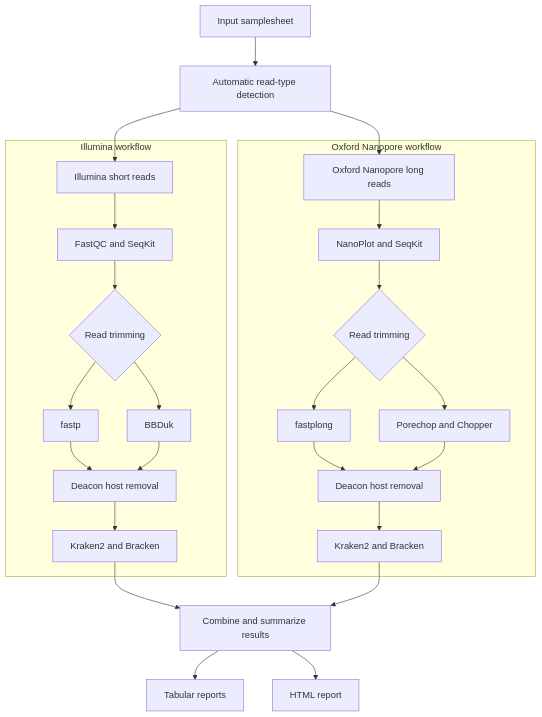
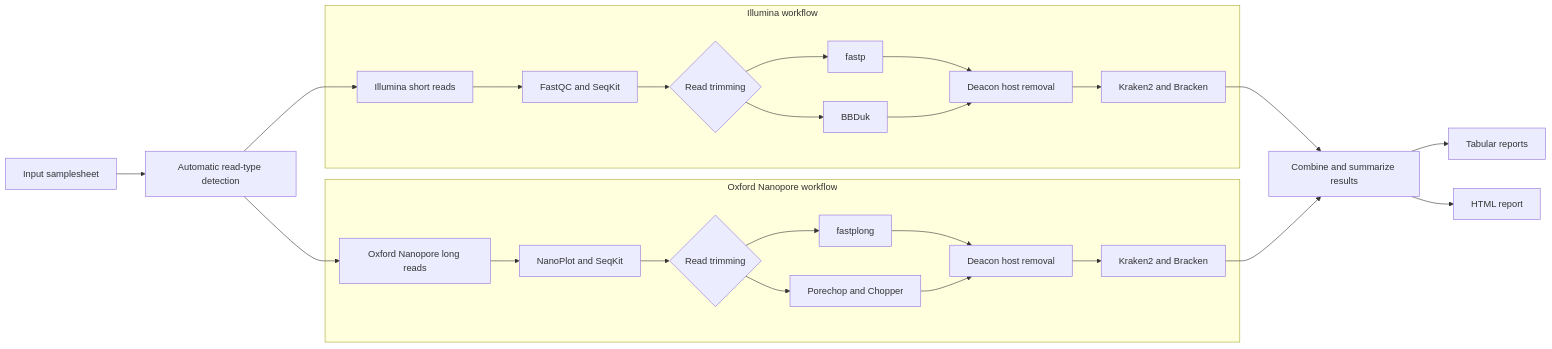
One commit to xiaoli-dong/nf-qcflow changed the diagram in README.md. Above: the diagram before and after it, drawn with Mermaid.

Commit message:
Update workflow diagram direction in README

````diff
--- a/README.md
+++ b/README.md
@@ -15,34 +15,34 @@
 ```mermaid
-flowchart TD
+flowchart LR
     A["Input samplesheet"] --> B["Automatic read-type detection"]
 
     B --> C["Illumina short reads"]
     B --> D["Oxford Nanopore long reads"]
 
     subgraph SHORT["Illumina workflow"]
         C --> E["FastQC and SeqKit"]
         E --> F{"Read trimming"}
         F --> G["fastp"]
         F --> H["BBDuk"]
         G --> I["Deacon host removal"]
         H --> I
         I --> J["Kraken2 and Bracken"]
     end
 
     subgraph LONG["Oxford Nanopore workflow"]
         D --> K["NanoPlot and SeqKit"]
         K --> L{"Read trimming"}
         L --> M["fastplong"]
         L --> N["Porechop and Chopper"]
         M --> O["Deacon host removal"]
         N --> O
         O --> P["Kraken2 and Bracken"]
     end
 
     J --> Q["Combine and summarize results"]
     P --> Q
 
     Q --> R["Tabular reports"]
     Q --> S["HTML report"]
 
 ```
````
